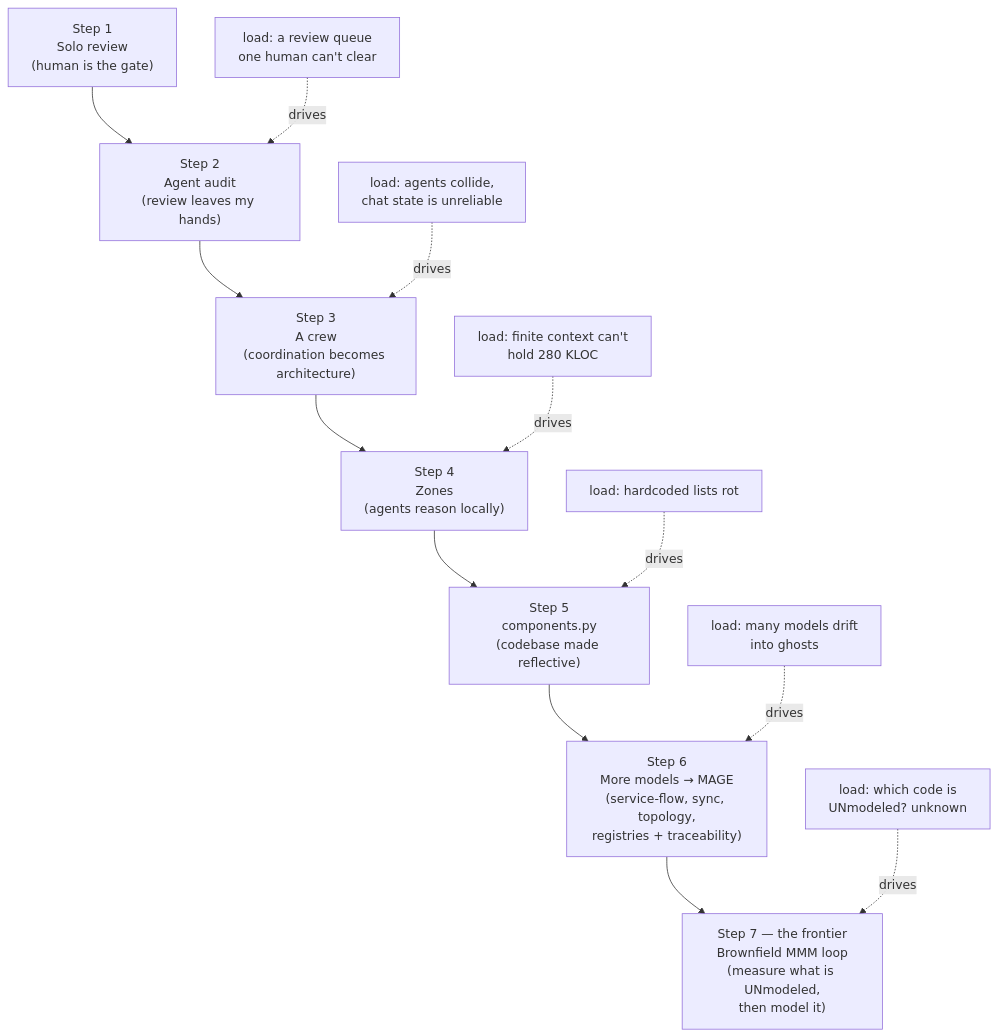
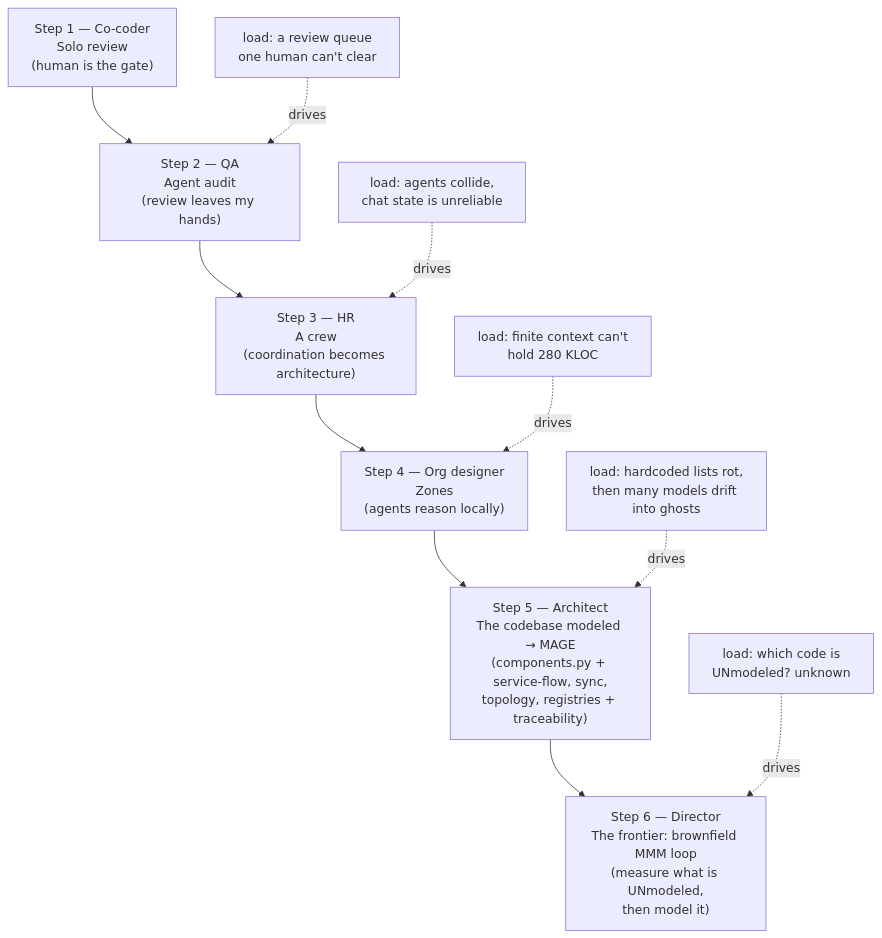
The diagram in book/part5/5.4-the-road-to-mage.md (davisjam/agent-governance-mechanisms), drawn with Mermaid before and after one commit. The commit also changed other lines of this file and 113 other files, not shown here.

Commit message:
book: 5.4 merge to Architect stage + role-ladder kickers + governance aside; 4.1 headings break the MMM run

````diff
--- a/book/part5/5.4-the-road-to-mage.md
+++ b/book/part5/5.4-the-road-to-mage.md
@@ -251,16 +277,14 @@
 ```mermaid
 flowchart TD
-  S1["Step 1<br/>Solo review<br/>(human is the gate)"] --> S2
-  S2["Step 2<br/>Agent audit<br/>(review leaves my hands)"] --> S3
-  S3["Step 3<br/>A crew<br/>(coordination becomes architecture)"] --> S4
-  S4["Step 4<br/>Zones<br/>(agents reason locally)"] --> S5
-  S5["Step 5<br/>components.py<br/>(codebase made reflective)"] --> S6
-  S6["Step 6<br/>More models → MAGE<br/>(service-flow, sync, topology,<br/>registries + traceability)"] --> S7
-  S7["Step 7 — the frontier<br/>Brownfield MMM loop<br/>(measure what is UNmodeled,<br/>then model it)"]
+  S1["Step 1 — Co-coder<br/>Solo review<br/>(human is the gate)"] --> S2
+  S2["Step 2 — QA<br/>Agent audit<br/>(review leaves my hands)"] --> S3
+  S3["Step 3 — HR<br/>A crew<br/>(coordination becomes architecture)"] --> S4
+  S4["Step 4 — Org designer<br/>Zones<br/>(agents reason locally)"] --> S5
+  S5["Step 5 — Architect<br/>The codebase modeled → MAGE<br/>(components.py + service-flow, sync,<br/>topology, registries + traceability)"] --> S6
+  S6["Step 6 — Director<br/>The frontier: brownfield MMM loop<br/>(measure what is UNmodeled,<br/>then model it)"]
   L1["load: a review queue<br/>one human can't clear"] -.drives.-> S2
   L2["load: agents collide,<br/>chat state is unreliable"] -.drives.-> S3
   L3["load: finite context can't<br/>hold 280 KLOC"] -.drives.-> S4
-  L4["load: hardcoded lists rot"] -.drives.-> S5
-  L5["load: many models drift<br/>into ghosts"] -.drives.-> S6
-  L6["load: which code is<br/>UNmodeled? unknown"] -.drives.-> S7
+  L4["load: hardcoded lists rot,<br/>then many models drift into ghosts"] -.drives.-> S5
+  L5["load: which code is<br/>UNmodeled? unknown"] -.drives.-> S6
 ```
````
